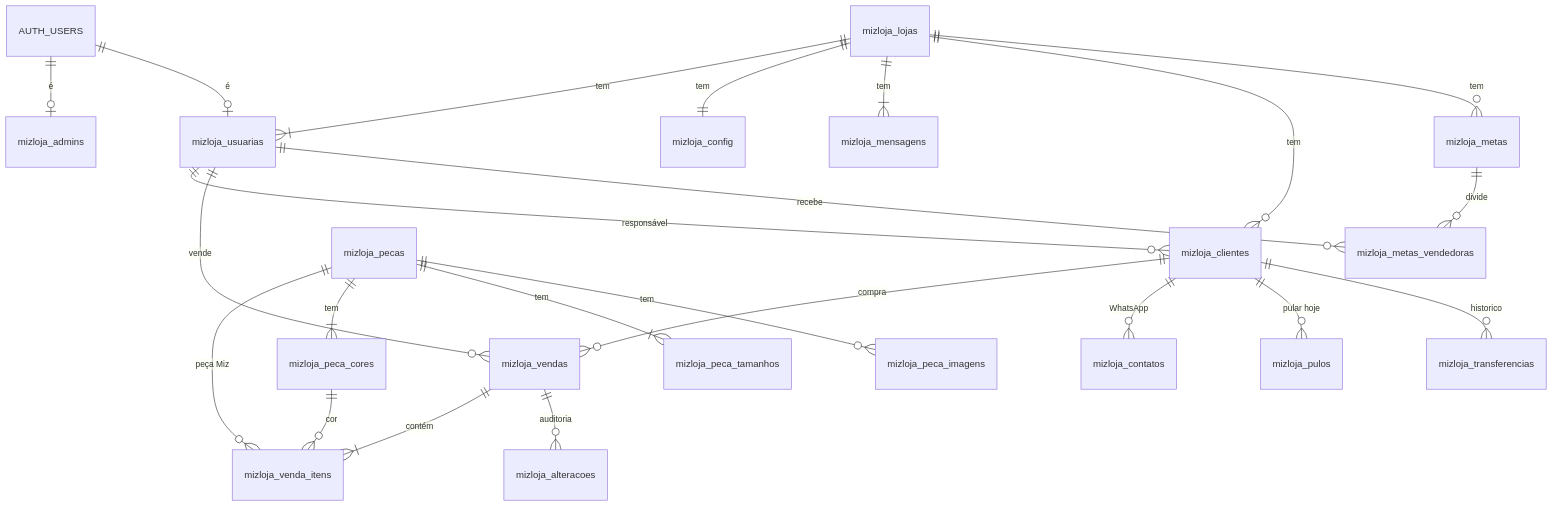
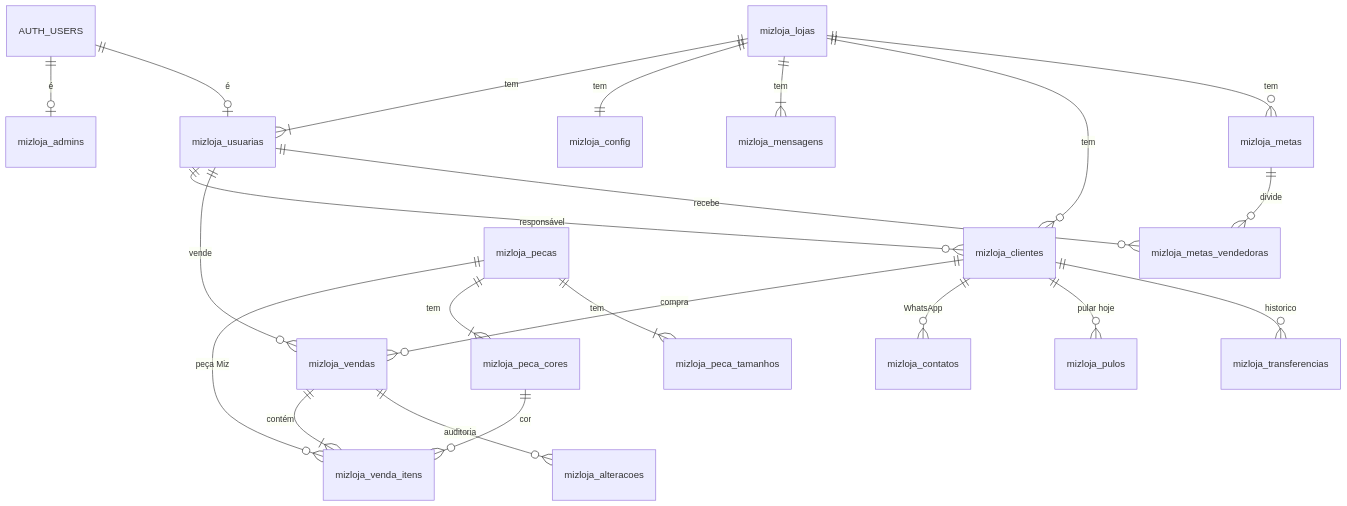
The diagram in docs/BANCO.md (usemizdevelopers/comercial-miz), drawn with Mermaid before and after one commit. The commit also changed other lines of this file and 5 other files, not shown here.

````diff
--- a/docs/BANCO.md
+++ b/docs/BANCO.md
@@ -19,25 +19,24 @@
 ```mermaid
 erDiagram
   AUTH_USERS ||--o| mizloja_admins : "é"
   AUTH_USERS ||--o| mizloja_usuarias : "é"
   mizloja_lojas ||--|{ mizloja_usuarias : tem
   mizloja_lojas ||--|| mizloja_config : tem
   mizloja_lojas ||--|{ mizloja_mensagens : tem
   mizloja_lojas ||--o{ mizloja_clientes : tem
   mizloja_usuarias ||--o{ mizloja_clientes : "responsável"
   mizloja_clientes ||--o{ mizloja_vendas : compra
   mizloja_usuarias ||--o{ mizloja_vendas : vende
   mizloja_vendas ||--|{ mizloja_venda_itens : contém
   mizloja_pecas ||--o{ mizloja_venda_itens : "peça Miz"
   mizloja_peca_cores ||--o{ mizloja_venda_itens : "cor"
   mizloja_pecas ||--|{ mizloja_peca_cores : tem
   mizloja_pecas ||--|{ mizloja_peca_tamanhos : tem
-  mizloja_pecas ||--o{ mizloja_peca_imagens : tem
   mizloja_lojas ||--o{ mizloja_metas : tem
   mizloja_metas ||--o{ mizloja_metas_vendedoras : divide
   mizloja_usuarias ||--o{ mizloja_metas_vendedoras : recebe
   mizloja_clientes ||--o{ mizloja_contatos : "WhatsApp"
   mizloja_clientes ||--o{ mizloja_pulos : "pular hoje"
   mizloja_clientes ||--o{ mizloja_transferencias : historico
   mizloja_vendas ||--o{ mizloja_alteracoes : auditoria
 ```
````
